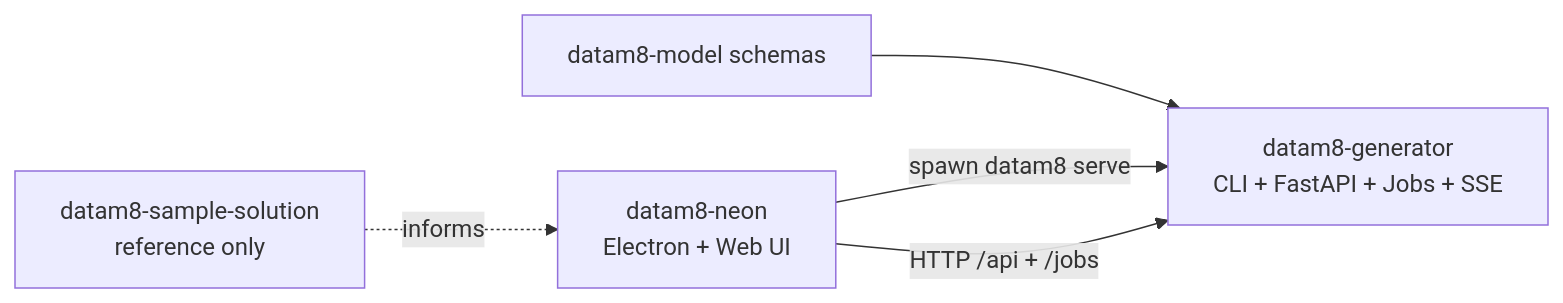
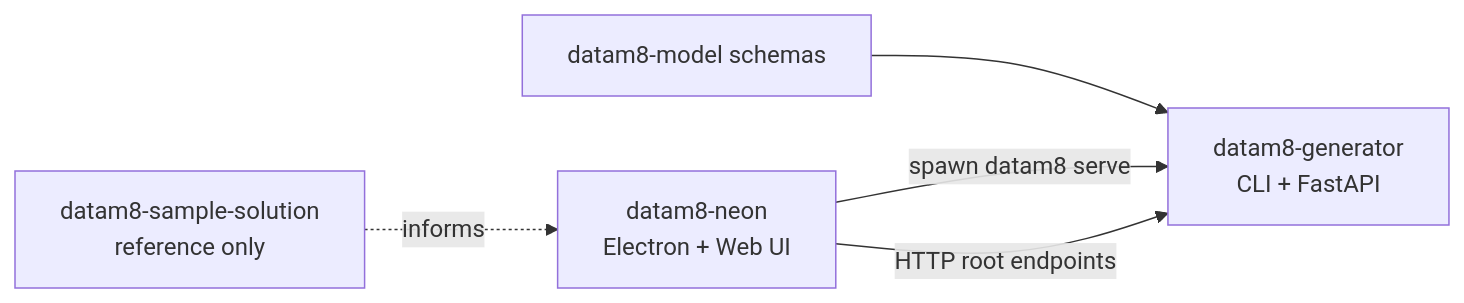
One commit to oraylis/datam8-cli changed the diagram in AGENTS.md. Above: the diagram before and after it, drawn with Mermaid. The commit also changed other lines of this file and 35 other files, not shown here.

````diff
--- a/AGENTS.md
+++ b/AGENTS.md
@@ -16,10 +16,10 @@
 ```mermaid
 flowchart LR
     M[datam8-model schemas] --> G[datam8-generator
-CLI + FastAPI + Jobs + SSE]
+CLI + FastAPI]
     S[datam8-sample-solution
 reference only] -. informs .-> N[datam8-neon
 Electron + Web UI]
     N -->|spawn datam8 serve| G
-    N -->|HTTP /api + /jobs| G
+    N -->|HTTP root endpoints| G
 ```
````
